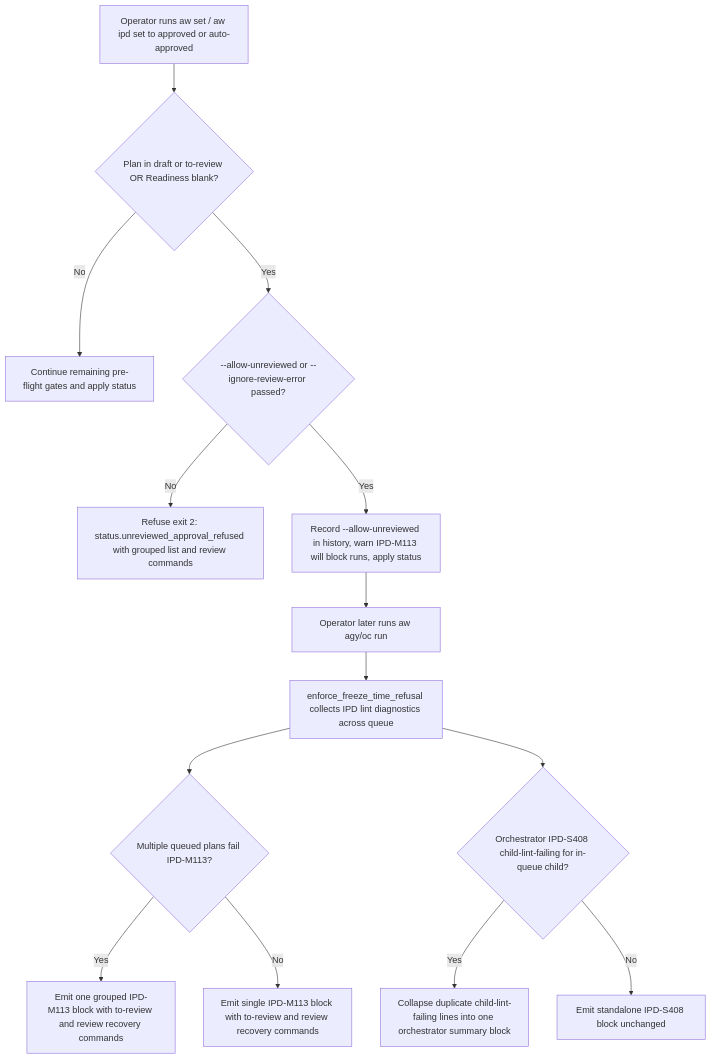
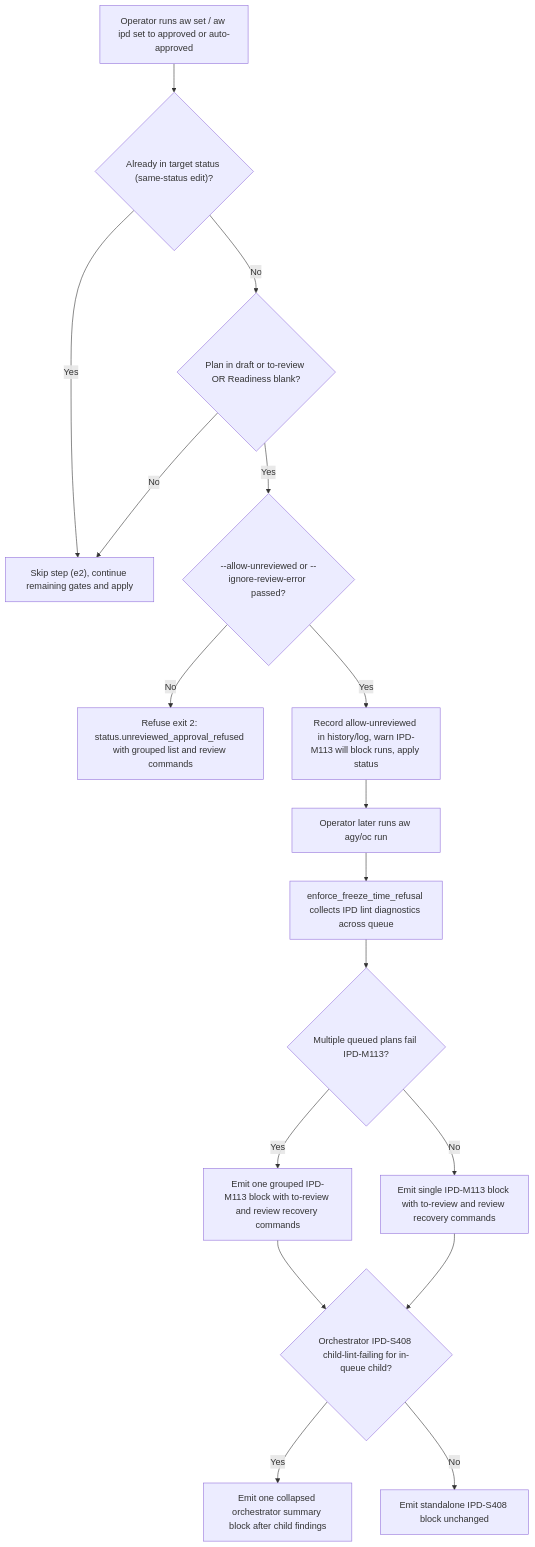
One commit to fariello/agent-workflows changed the diagram in .aw/records/plans/pending/20261127-reviewgateux-01-55tt85-gate-unreviewed-plan-approval-in-aw-set-and-group-actionable.ipd.md. Above: the diagram before and after it, drawn with Mermaid. The commit also changed other lines of this file and 1 other file, not shown here.

First line of the commit message:
plan-review: harden 55tt85 (revisions applied)

````diff
--- a/.aw/records/plans/pending/20261127-reviewgateux-01-55tt85-gate-unreviewed-plan-approval-in-aw-set-and-group-actionable.ipd.md
+++ b/.aw/records/plans/pending/20261127-reviewgateux-01-55tt85-gate-unreviewed-plan-approval-in-aw-set-and-group-actionable.ipd.md
@@ -31,16 +35,19 @@
 ```mermaid
 flowchart TD
-    A[Operator runs aw set / aw ipd set to approved or auto-approved] --> B{Plan in draft or to-review OR Readiness blank?}
-    B -->|No| C[Continue remaining pre-flight gates and apply status]
-    B -->|Yes| D{--allow-unreviewed or --ignore-review-error passed?}
-    D -->|No| E[Refuse exit 2: status.unreviewed_approval_refused with grouped list and review commands]
-    D -->|Yes| F[Record --allow-unreviewed in history, warn IPD-M113 will block runs, apply status]
-    F --> G[Operator later runs aw agy/oc run]
-    G --> H[enforce_freeze_time_refusal collects IPD lint diagnostics across queue]
-    H --> I{Multiple queued plans fail IPD-M113?}
-    I -->|Yes| J[Emit one grouped IPD-M113 block with to-review and review recovery commands]
-    I -->|No| K[Emit single IPD-M113 block with to-review and review recovery commands]
-    H --> L{Orchestrator IPD-S408 child-lint-failing for in-queue child?}
-    L -->|Yes| M[Collapse duplicate child-lint-failing lines into one orchestrator summary block]
-    L -->|No| N[Emit standalone IPD-S408 block unchanged]
+    A["Operator runs aw set / aw ipd set to approved or auto-approved"] --> B{"Already in target status (same-status edit)?"}
+    B -->|Yes| C["Skip step (e2), continue remaining gates and apply"]
+    B -->|No| D{"Plan in draft or to-review OR Readiness blank?"}
+    D -->|No| C
+    D -->|Yes| E{"--allow-unreviewed or --ignore-review-error passed?"}
+    E -->|No| F["Refuse exit 2: status.unreviewed_approval_refused with grouped list and review commands"]
+    E -->|Yes| G["Record allow-unreviewed in history/log, warn IPD-M113 will block runs, apply status"]
+    G --> H["Operator later runs aw agy/oc run"]
+    H --> I["enforce_freeze_time_refusal collects IPD lint diagnostics across queue"]
+    I --> J{"Multiple queued plans fail IPD-M113?"}
+    J -->|Yes| K["Emit one grouped IPD-M113 block with to-review and review recovery commands"]
+    J -->|No| L["Emit single IPD-M113 block with to-review and review recovery commands"]
+    K --> M{"Orchestrator IPD-S408 child-lint-failing for in-queue child?"}
+    L --> M
+    M -->|Yes| N["Emit one collapsed orchestrator summary block after child findings"]
+    M -->|No| O["Emit standalone IPD-S408 block unchanged"]
 ```
````
